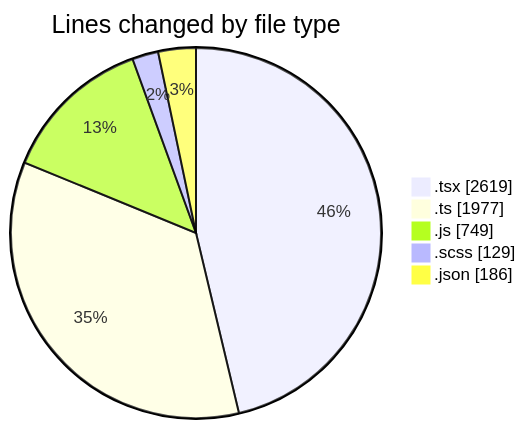
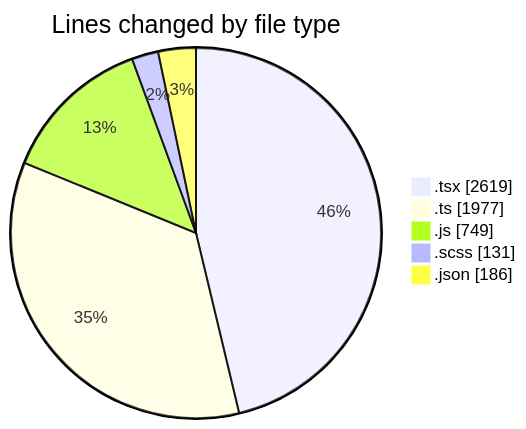
The first of 2 diagrams in 2026-06-11/cda/README.md (momahboobian/code-tracking), drawn with Mermaid before and after one commit. The commit also changed other lines of this file and 1 other file, not shown here.

````diff
--- a/2026-06-11/cda/README.md
+++ b/2026-06-11/cda/README.md
@@ -54,9 +54,9 @@
 ```mermaid
 pie showData
 title Lines changed by file type
 ".tsx" : 2619
 ".ts" : 1977
 ".js" : 749
-".scss" : 129
+".scss" : 131
 ".json" : 186
 ```
````
